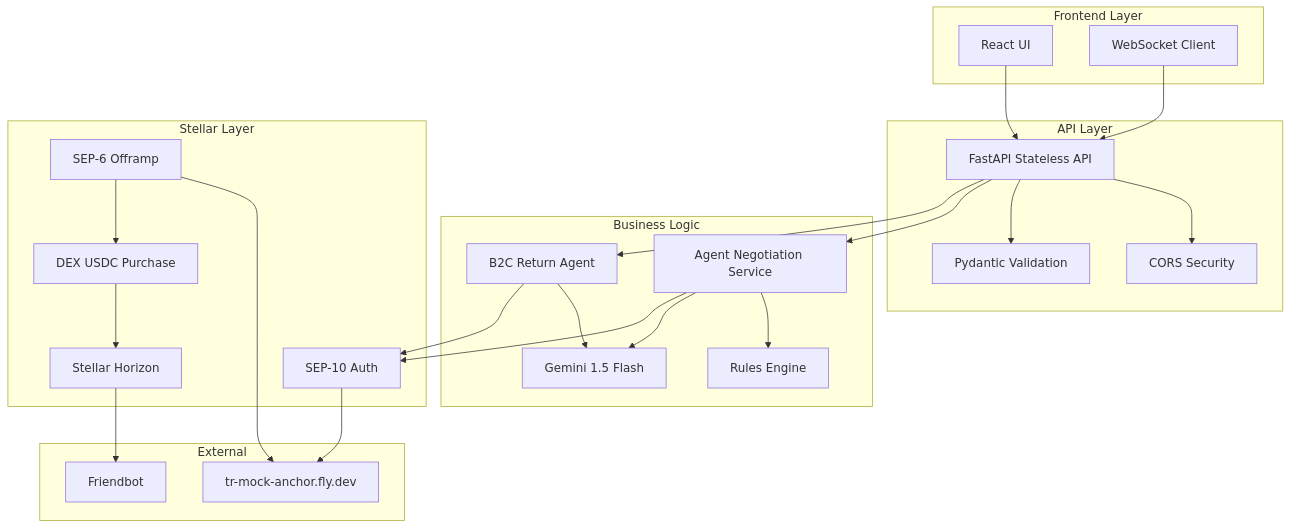
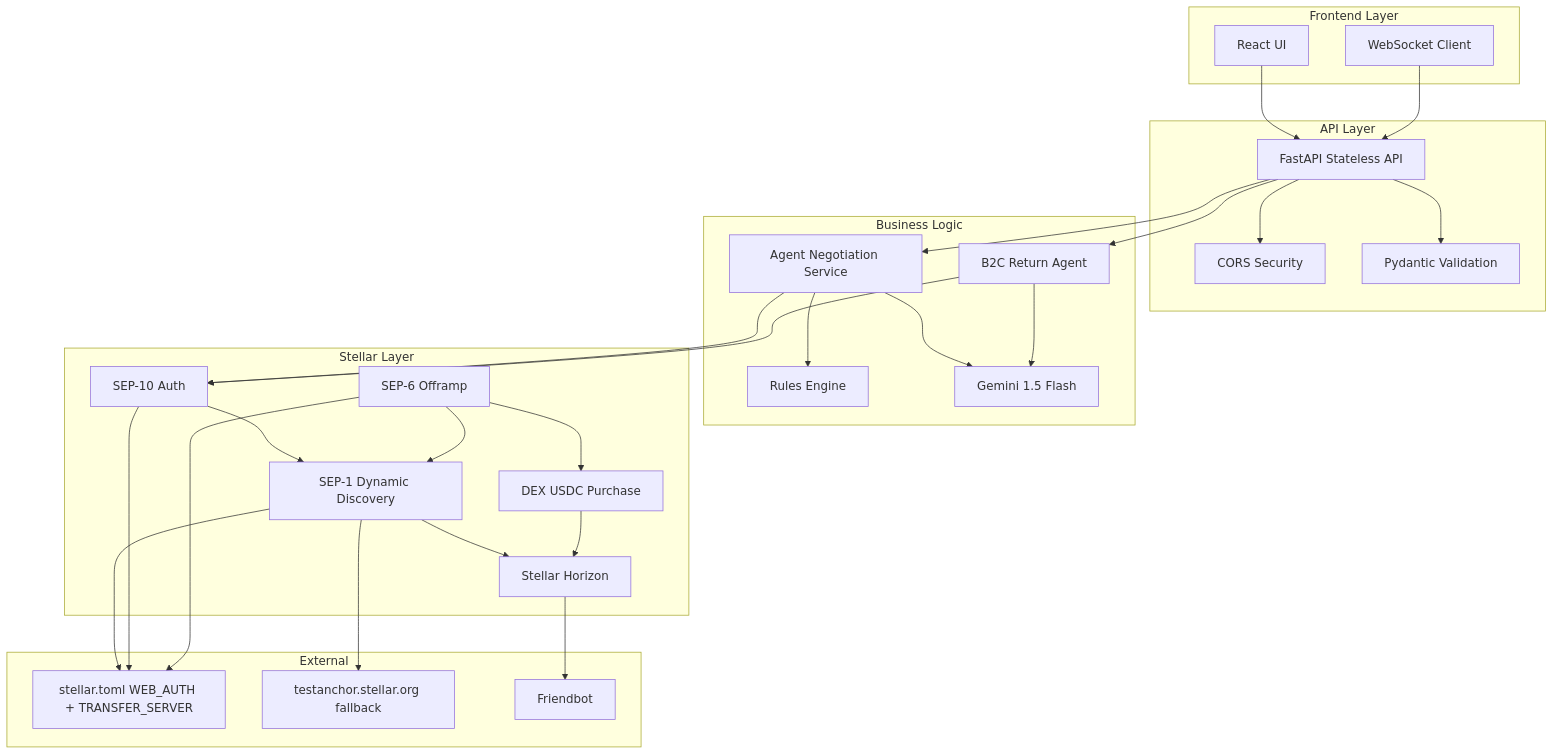
One commit to musa-ok/settlex-stellar-hackathon changed the first of 3 diagrams in README.md. Above: the diagram before and after it, drawn with Mermaid. The commit also changed other lines of this file and 5 other files, not shown here.

````diff
--- a/README.md
+++ b/README.md
@@ -79,49 +82,56 @@
 ```mermaid
 graph TB
     subgraph "Frontend Layer"
         UI[React UI]
         WS[WebSocket Client]
     end
     
     subgraph "API Layer"
         API[FastAPI Stateless API]
         CORS[CORS Security]
         Validator[Pydantic Validation]
     end
     
     subgraph "Business Logic"
         Negotiation[Agent Negotiation Service]
         ReturnAgent[B2C Return Agent]
         Rules[Rules Engine]
         LLM[Gemini 1.5 Flash]
     end
     
     subgraph "Stellar Layer"
+        SEP1[SEP-1 Dynamic Discovery]
         SEP10[SEP-10 Auth]
         SEP6[SEP-6 Offramp]
         DEX[DEX USDC Purchase]
         Horizon[Stellar Horizon]
     end
     
     subgraph "External"
-        MockAnchor[tr-mock-anchor.fly.dev]
+        Toml[stellar.toml WEB_AUTH + TRANSFER_SERVER]
+        TestAnchor[testanchor.stellar.org fallback]
         Friendbot[Friendbot]
     end
     
     UI --> API
     WS --> API
     API --> CORS
     API --> Validator
     API --> Negotiation
     API --> ReturnAgent
     Negotiation --> Rules
     Negotiation --> LLM
     ReturnAgent --> LLM
     Negotiation --> SEP10
     ReturnAgent --> SEP10
-    SEP10 --> MockAnchor
-    SEP6 --> MockAnchor
+    SEP10 --> SEP1
+    SEP6 --> SEP1
+    SEP1 --> Horizon
+    SEP1 --> Toml
+    SEP1 --> TestAnchor
+    SEP10 --> Toml
+    SEP6 --> Toml
     DEX --> Horizon
     Horizon --> Friendbot
     SEP6 --> DEX
 ```
````
